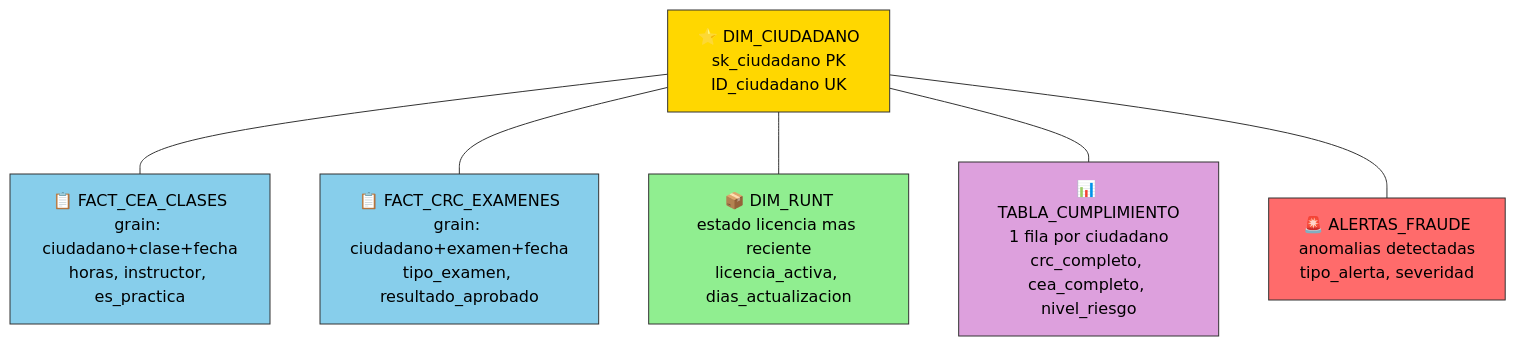
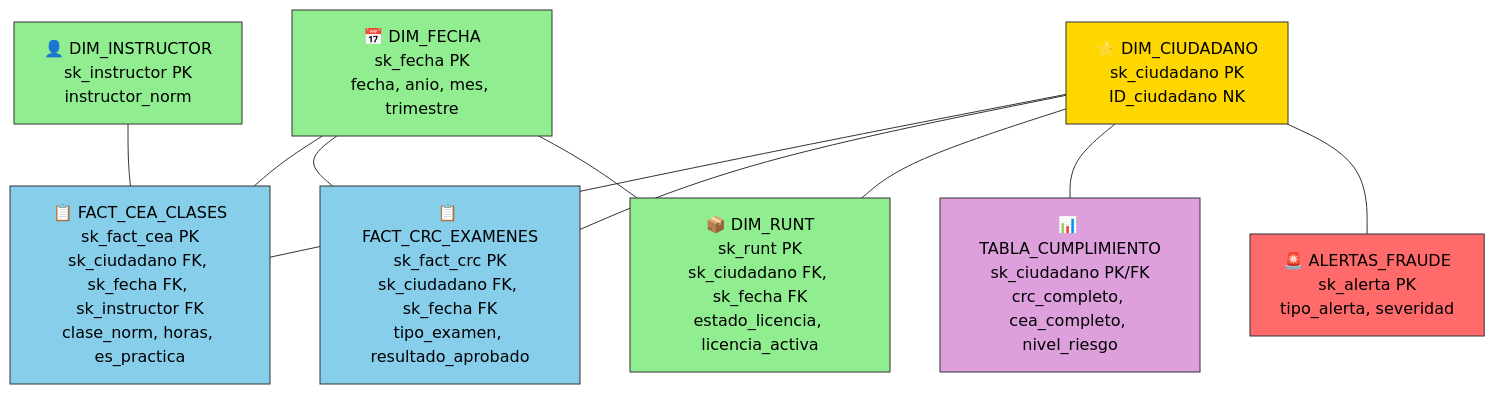
The third of 4 diagrams in docs/arquitectura.md (abirca/olimpia_pipeline), drawn with Mermaid before and after one commit. The commit also changed other lines of this file and 8 other files, not shown here.

Commit message:
feat: modelo estrella completo - agregar DIM_FECHA, DIM_INSTRUCTOR, surrogate PKs y relaciones FK

````diff
--- a/docs/arquitectura.md
+++ b/docs/arquitectura.md
@@ -198,23 +232,31 @@
 ```mermaid
 graph TD
-    CENTER["⭐ DIM_CIUDADANO<br/>sk_ciudadano PK<br/>ID_ciudadano UK"]
+    CENTER["⭐ DIM_CIUDADANO<br/>sk_ciudadano PK<br/>ID_ciudadano NK"]
 
-    FACT1["📋 FACT_CEA_CLASES<br/>grain: ciudadano+clase+fecha<br/>horas, instructor, es_practica"]
-    FACT2["📋 FACT_CRC_EXAMENES<br/>grain: ciudadano+examen+fecha<br/>tipo_examen, resultado_aprobado"]
-    DIM1["📦 DIM_RUNT<br/>estado licencia mas reciente<br/>licencia_activa, dias_actualizacion"]
-    AGG["📊 TABLA_CUMPLIMIENTO<br/>1 fila por ciudadano<br/>crc_completo, cea_completo, nivel_riesgo"]
-    FRAUD["🚨 ALERTAS_FRAUDE<br/>anomalias detectadas<br/>tipo_alerta, severidad"]
+    DIMF["📅 DIM_FECHA<br/>sk_fecha PK<br/>fecha, anio, mes, trimestre"]
+    DIMI["👤 DIM_INSTRUCTOR<br/>sk_instructor PK<br/>instructor_norm"]
+    FACT1["📋 FACT_CEA_CLASES<br/>sk_fact_cea PK<br/>sk_ciudadano FK, sk_fecha FK, sk_instructor FK<br/>clase_norm, horas, es_practica"]
+    FACT2["📋 FACT_CRC_EXAMENES<br/>sk_fact_crc PK<br/>sk_ciudadano FK, sk_fecha FK<br/>tipo_examen, resultado_aprobado"]
+    DIM1["📦 DIM_RUNT<br/>sk_runt PK<br/>sk_ciudadano FK, sk_fecha FK<br/>estado_licencia, licencia_activa"]
+    AGG["📊 TABLA_CUMPLIMIENTO<br/>sk_ciudadano PK/FK<br/>crc_completo, cea_completo, nivel_riesgo"]
+    FRAUD["🚨 ALERTAS_FRAUDE<br/>sk_alerta PK<br/>tipo_alerta, severidad"]
 
     CENTER --- FACT1
     CENTER --- FACT2
     CENTER --- DIM1
     CENTER --- AGG
     CENTER --- FRAUD
+    DIMF --- FACT1
+    DIMF --- FACT2
+    DIMF --- DIM1
+    DIMI --- FACT1
 
     style CENTER fill:#FFD700,stroke:#333,color:#000
+    style DIMF fill:#90EE90,stroke:#333,color:#000
+    style DIMI fill:#90EE90,stroke:#333,color:#000
     style FACT1 fill:#87CEEB,stroke:#333,color:#000
     style FACT2 fill:#87CEEB,stroke:#333,color:#000
     style DIM1 fill:#90EE90,stroke:#333,color:#000
     style AGG fill:#DDA0DD,stroke:#333,color:#000
     style FRAUD fill:#FF6B6B,stroke:#333,color:#000
 ```
````
